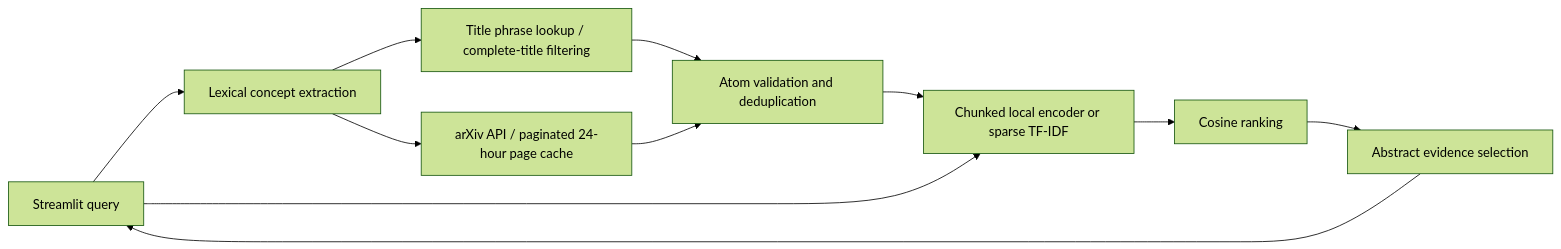
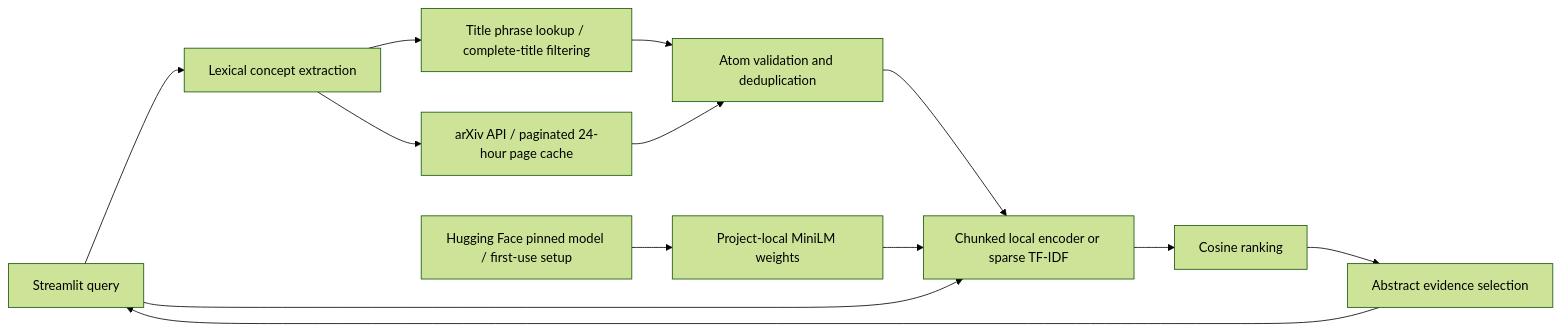
One commit to ArtemDziuba/Paper-Discovery-Assistant changed the first of 3 diagrams in docs/architecture.md. Above: the diagram before and after it, drawn with Mermaid (forest theme). The commit also changed other lines of this file and 105 other files, not shown here.

````diff
--- a/docs/architecture.md
+++ b/docs/architecture.md
@@ -6,13 +6,15 @@
 ```mermaid
 flowchart LR
     UI[Streamlit query] --> Q[Lexical concept extraction]
     Q --> T[Title phrase lookup / complete-title filtering]
     Q --> R[arXiv API / paginated 24-hour page cache]
     T --> P
     R --> P[Atom validation and deduplication]
     P --> E[Chunked local encoder or sparse TF-IDF]
+    HF[Hugging Face pinned model / first-use setup] --> M[Project-local MiniLM weights]
+    M --> E
     UI --> E
     E --> S[Cosine ranking]
     S --> X[Abstract evidence selection]
     X --> UI
 ```
````
